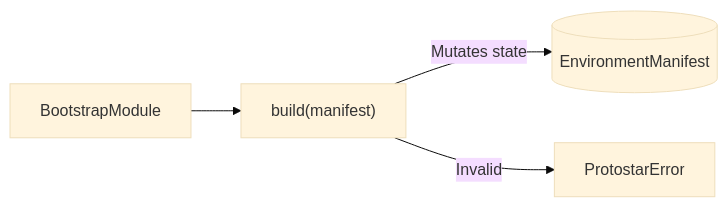
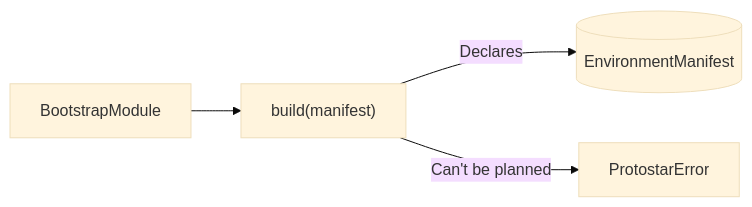
The second of 2 diagrams in docs/developer/api-reference.md (JacksonFergusonDev/protostar), drawn with Mermaid (base theme) before and after one commit. The commit also changed other lines of this file and 20 other files, not shown here.

````diff
--- a/docs/developer/api-reference.md
+++ b/docs/developer/api-reference.md
@@ -88,6 +101,6 @@
     ```mermaid
     flowchart LR
     M[BootstrapModule] --> B["build(manifest)"]
-    B -->|Mutates state| EM[(EnvironmentManifest)]
-    B -->|Invalid| E[ProtostarError]
+    B -->|Declares| EM[(EnvironmentManifest)]
+    B -->|Can't be planned| E[ProtostarError]
     ```
````
